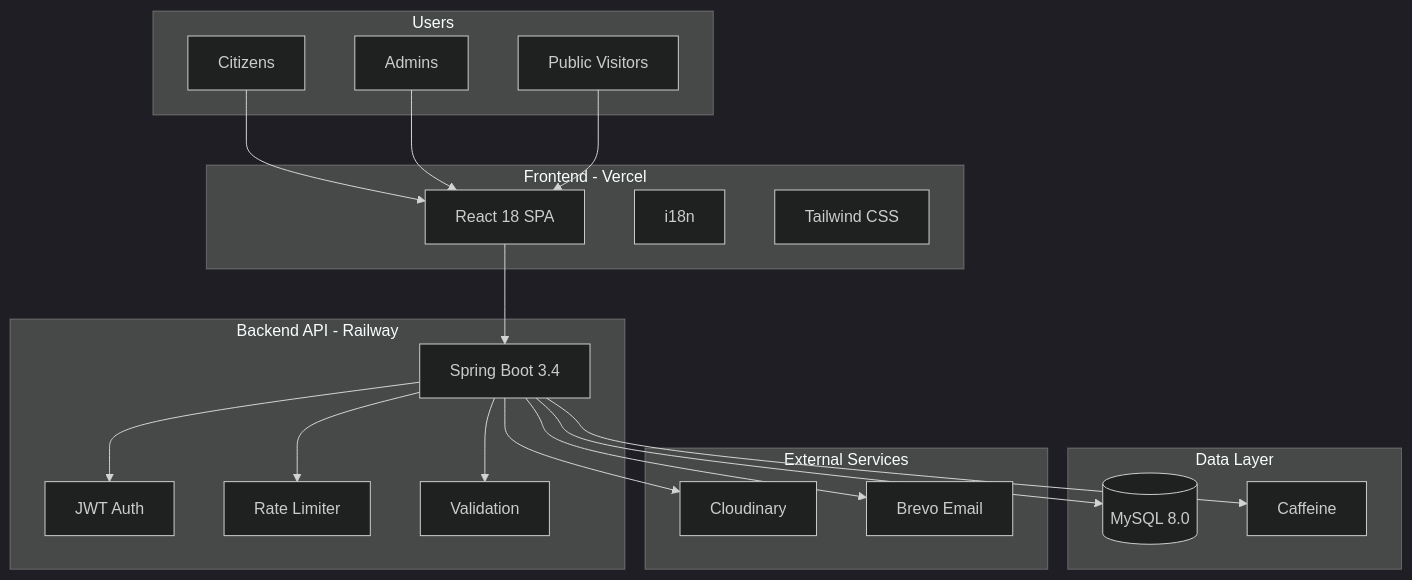
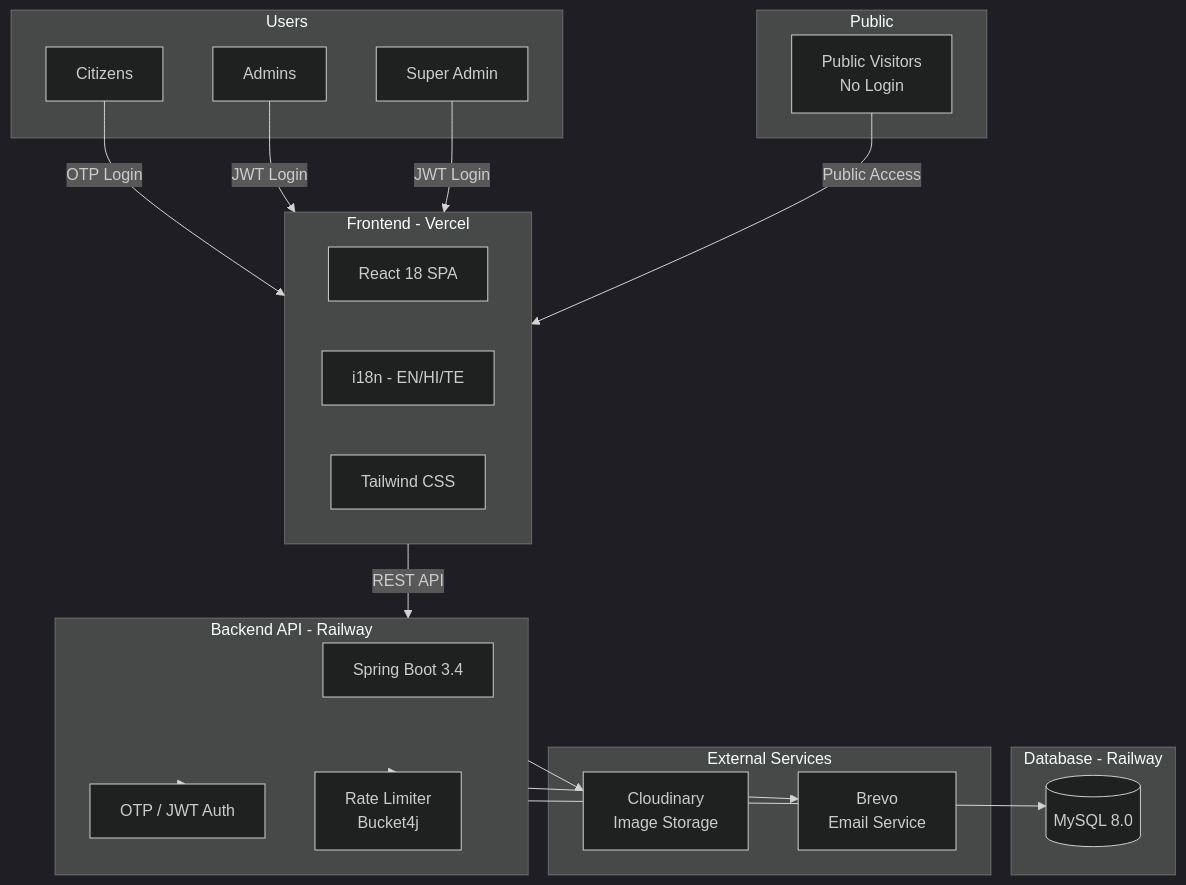
One commit to krishnamohan-vadlapatla/justicelinker changed the diagram in README.md. Above: the diagram before and after it, drawn with Mermaid (dark theme). The commit also changed other lines of this file, not shown here.

Commit message:
fix: update architecture diagram with correct roles and auth flow

````diff
--- a/README.md
+++ b/README.md
@@ -118,43 +118,45 @@
 ```mermaid
 graph TB
     subgraph Users
         U[Citizens]
         A[Admins]
-        P[Public Visitors]
+        SA[Super Admin]
+    end
+
+    subgraph Public
+        P[Public Visitors<br/>No Login]
     end
 
     subgraph Frontend["Frontend - Vercel"]
-        UI[React 18 SPA]
-        I18n[i18n]
+        React[React 18 SPA]
+        i18n[i18n - EN/HI/TE]
         Tailwind[Tailwind CSS]
     end
 
     subgraph Backend["Backend API - Railway"]
-        API[Spring Boot 3.4]
-        JWT[JWT Auth]
-        RL[Rate Limiter]
-        Valid[Validation]
+        SB[Spring Boot 3.4]
+        Auth[OTP / JWT Auth]
+        RateLim[Rate Limiter<br/>Bucket4j]
     end
 
-    subgraph Database["Data Layer"]
+    subgraph DB["Database - Railway"]
         MySQL[(MySQL 8.0)]
-        Cache[Caffeine]
     end
 
     subgraph External["External Services"]
-        Cloud[Cloudinary]
-        Email[Brevo Email]
+        Cloud[Cloudinary<br/>Image Storage]
+        Email[Brevo<br/>Email Service]
     end
 
-    U --> UI
-    A --> UI
-    P --> UI
-    UI --> API
-    API --> JWT
-    API --> RL
-    API --> Valid
-    API --> MySQL
-    API --> Cache
-    API --> Cloud
-    API --> Email
+    U -->|"OTP Login"| Frontend
+    A -->|"JWT Login"| Frontend
+    SA -->|"JWT Login"| Frontend
+    P -->|"Public Access"| Frontend
+    
+    Frontend -->|"REST API"| Backend
+    Backend --> Auth
+    Backend --> RateLim
+    Backend --> MySQL
+    Backend --> Cloud
+    Backend --> Email
 ```
````
